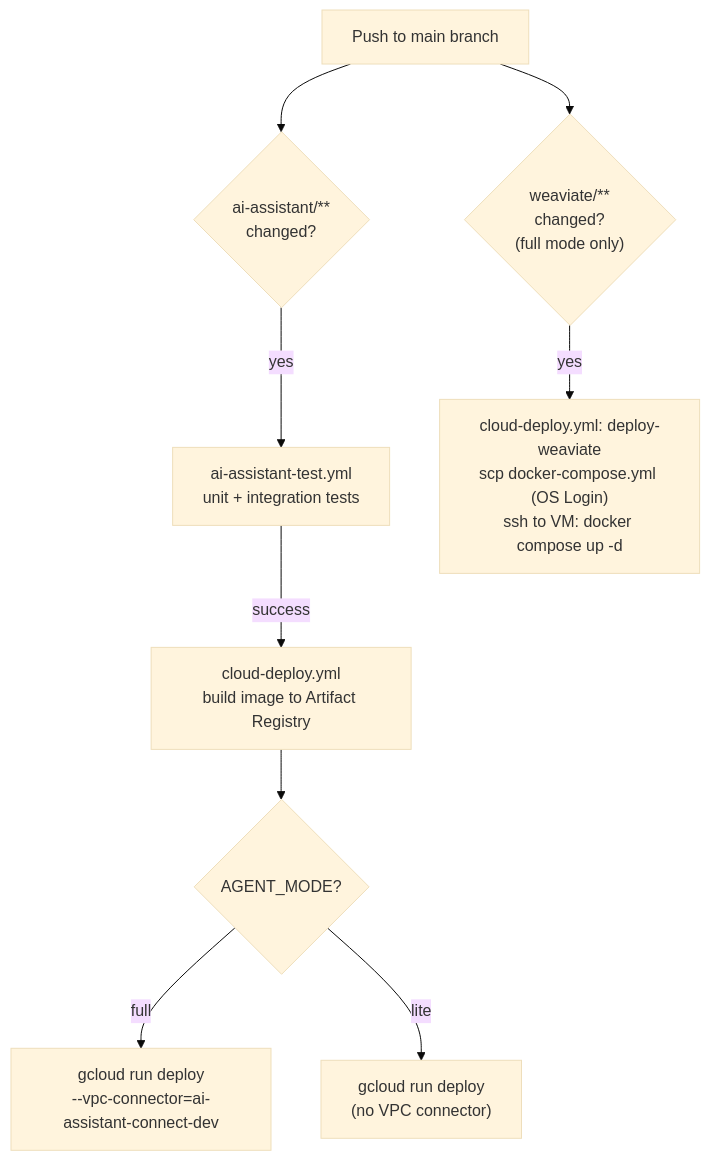
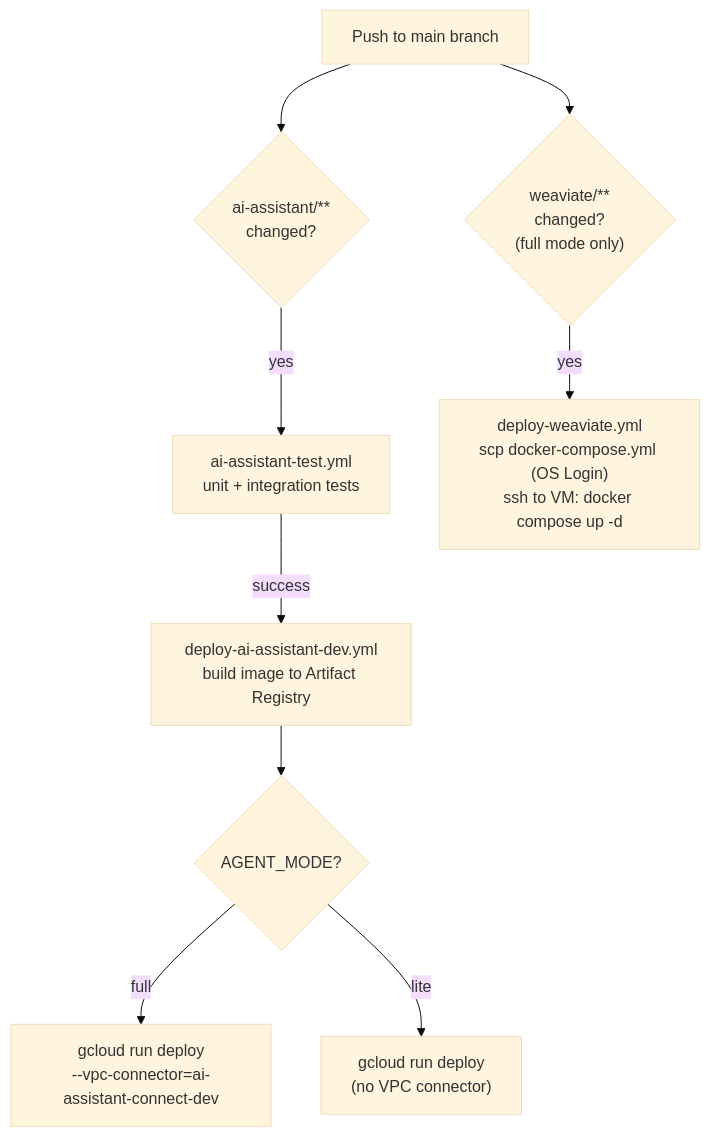
The third of 3 diagrams in docs/deployment.md (Fides-Connect/linkora), drawn with Mermaid (base theme) before and after one commit. The commit also changed 2 other files, not shown here.

Commit message:
Apply suggestions from code review

````diff
--- a/docs/deployment.md
+++ b/docs/deployment.md
@@ -429,12 +429,12 @@
 ```mermaid
 flowchart TD
     Push["Push to main branch"]
     Push --> AIChange{"ai-assistant/**\nchanged?"}
     Push --> WChange{"weaviate/**\nchanged?\n(full mode only)"}
     AIChange -->|yes| Tests["ai-assistant-test.yml\nunit + integration tests"]
-    Tests -->|success| Deploy["cloud-deploy.yml\nbuild image to Artifact Registry"]
+    Tests -->|success| Deploy["deploy-ai-assistant-dev.yml\nbuild image to Artifact Registry"]
     Deploy --> Mode{"AGENT_MODE?"}
     Mode -->|full| RunFull["gcloud run deploy\n--vpc-connector=ai-assistant-connect-dev"]
     Mode -->|lite| RunLite["gcloud run deploy\n(no VPC connector)"]
-    WChange -->|yes| WDeploy["cloud-deploy.yml: deploy-weaviate\nscp docker-compose.yml (OS Login)\nssh to VM: docker compose up -d"]
+    WChange -->|yes| WDeploy["deploy-weaviate.yml\nscp docker-compose.yml (OS Login)\nssh to VM: docker compose up -d"]
 ```
````
